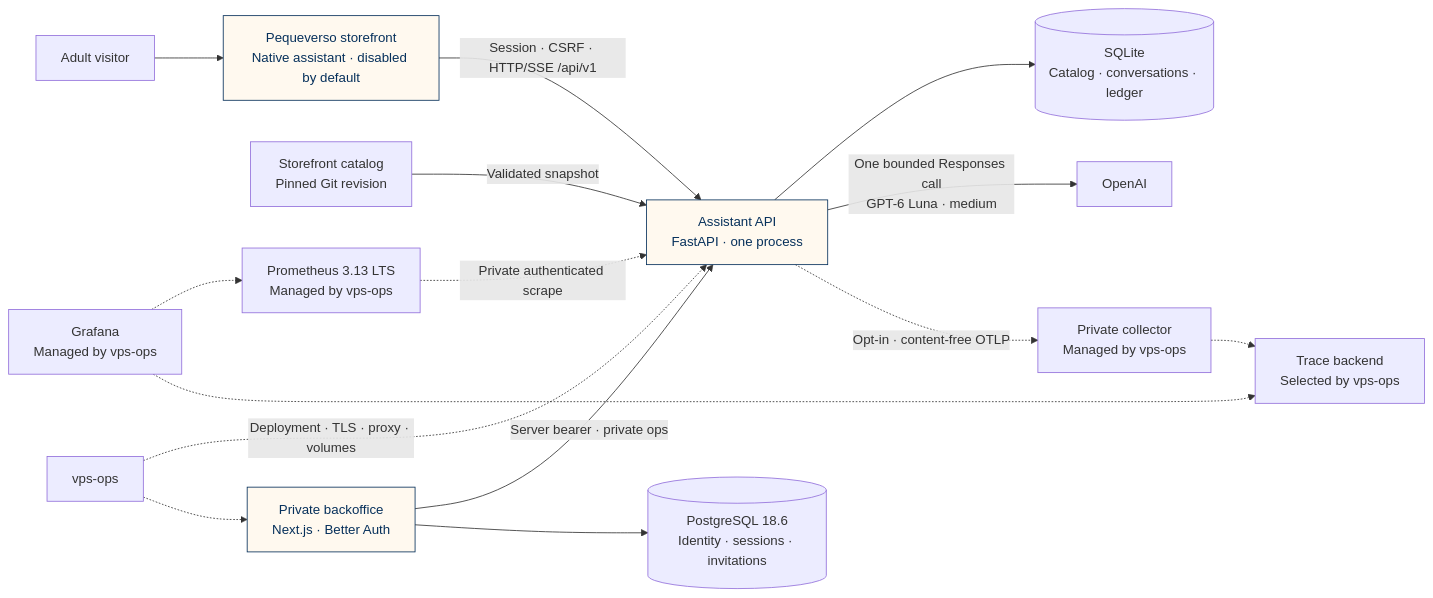
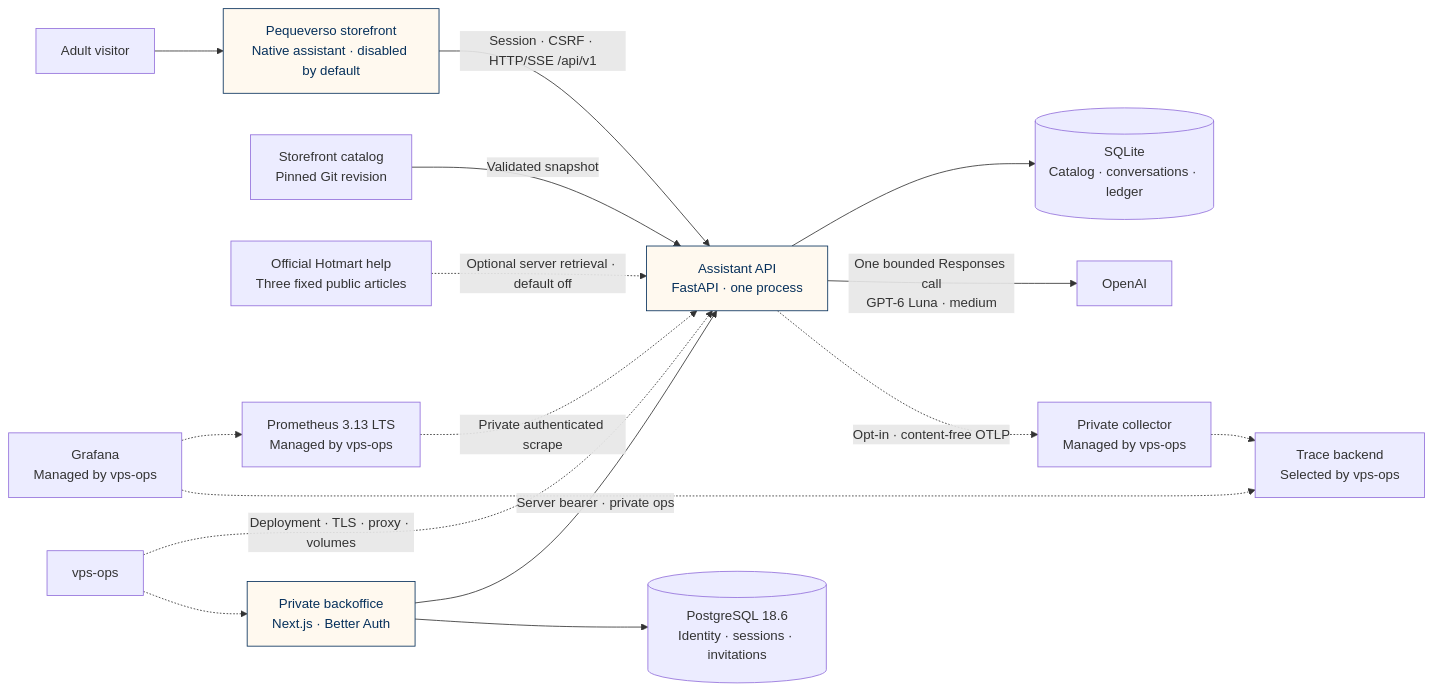
The first of 2 diagrams in README.md (gonzalomartinperez/pequeverso-assistant-api), drawn with Mermaid before and after one commit. The commit also changed other lines of this file and 23 other files, not shown here.

First line of the commit message:
feat(assistant): add bounded official Hotmart evidence

````diff
--- a/README.md
+++ b/README.md
@@ -63,19 +65,20 @@
 ```mermaid
 flowchart LR
   Visitor[Adult visitor] --> Store[Pequeverso storefront\nNative assistant · disabled by default]
   Store -->|Session · CSRF · HTTP/SSE /api/v1| API[Assistant API\nFastAPI · one process]
   Catalog[Storefront catalog\nPinned Git revision] -->|Validated snapshot| API
+  Help[Official Hotmart help\nThree fixed public articles] -.->|Optional server retrieval · default off| API
   API --> DB[(SQLite\nCatalog · conversations · ledger)]
   API -->|One bounded Responses call\nGPT-6 Luna · medium| Model[OpenAI]
   BO[Private backoffice\nNext.js · Better Auth] -->|Server bearer · private ops| API
   BO --> PG[(PostgreSQL 18.6\nIdentity · sessions · invitations)]
   API -.->|Opt-in · content-free OTLP| Collector[Private collector\nManaged by vps-ops]
   Prom[Prometheus 3.13 LTS\nManaged by vps-ops] -.->|Private authenticated scrape| API
   Collector -.-> TraceStore[Trace backend\nSelected by vps-ops]
   Graf[Grafana\nManaged by vps-ops] -.-> Prom
   Graf -.-> TraceStore
   Ops[vps-ops] -.->|Deployment · TLS · proxy · volumes| API
   Ops -.-> BO
   classDef app fill:#fff9ef,stroke:#06305b,color:#06305b;
   class Store,API,BO app;
 ```
````
